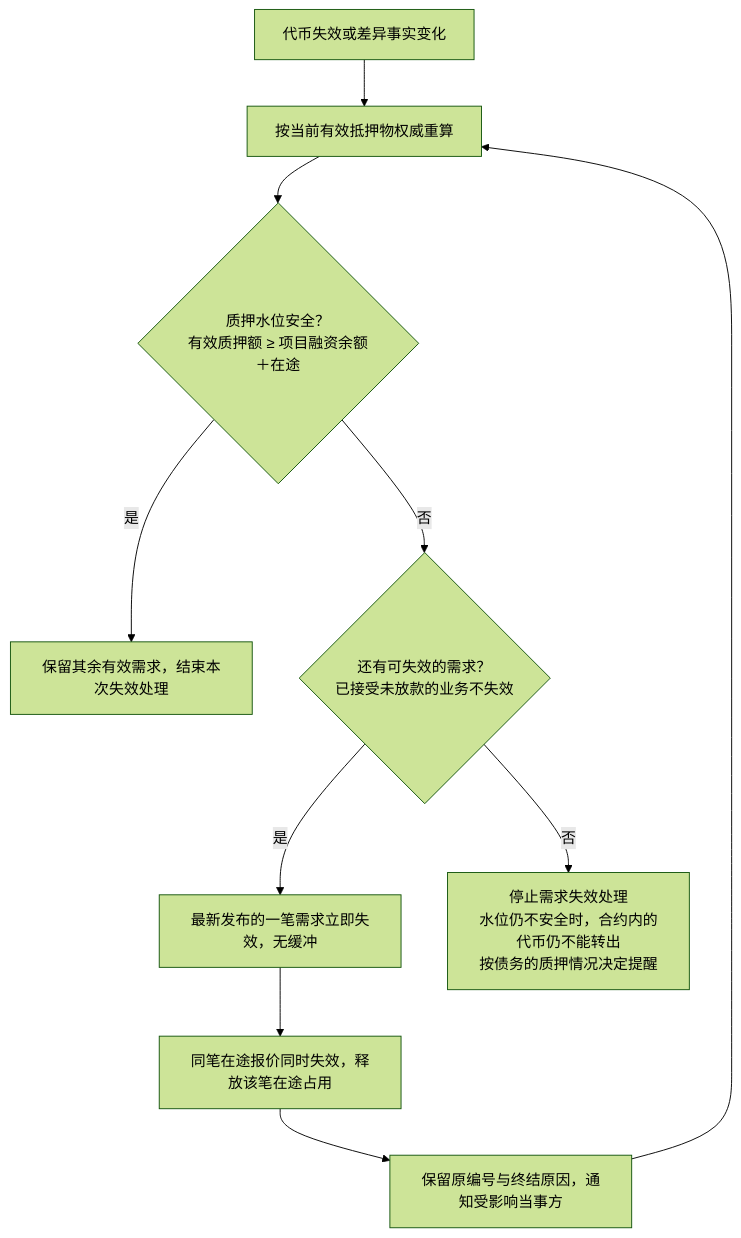
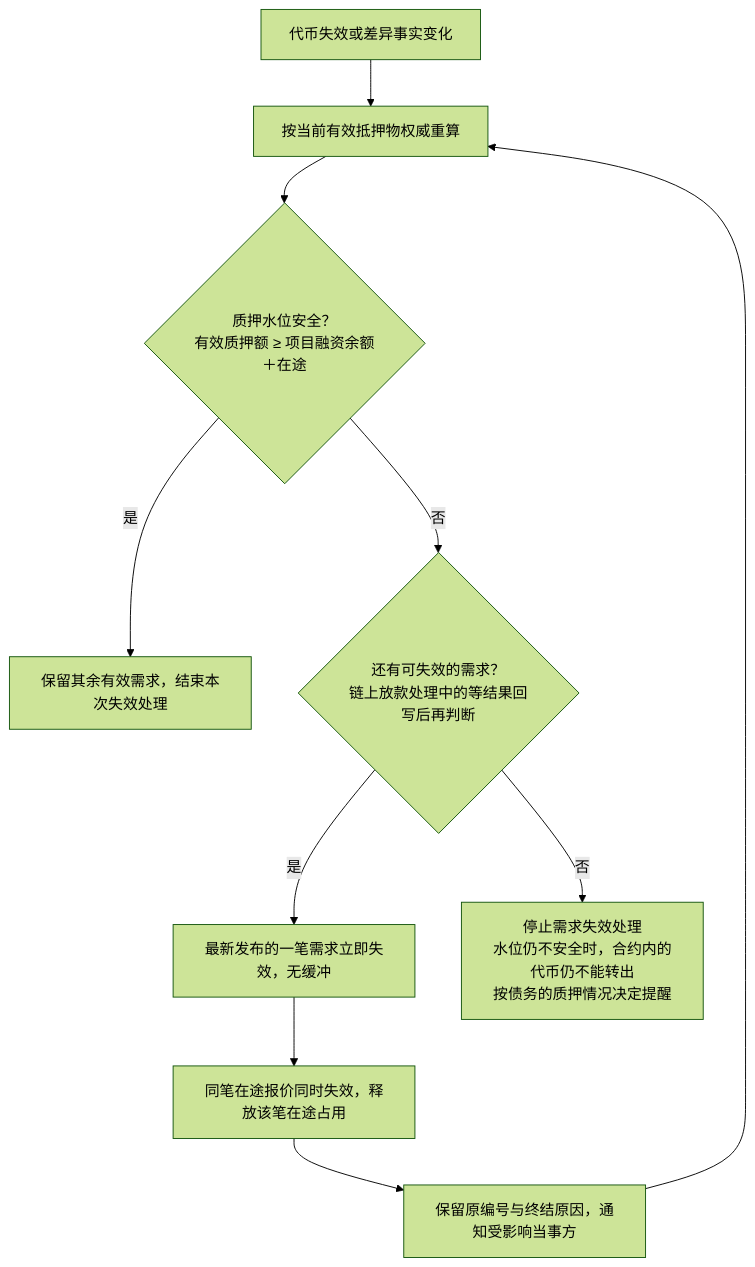
Before and after one commit to wxblockchain/Chain-Financing: the fourth of 10 diagrams in lending-platform/PRD/面客端/05-借贷广场-融资需求与代币质押/02-融资需求与代币质押-流程图与状态机.md, drawn with Mermaid (forest theme). The commit also changed other lines of this file and 5 other files, not shown here.

````diff
--- a/lending-platform/PRD/面客端/05-借贷广场-融资需求与代币质押/02-融资需求与代币质押-流程图与状态机.md
+++ b/lending-platform/PRD/面客端/05-借贷广场-融资需求与代币质押/02-融资需求与代币质押-流程图与状态机.md
@@ -134,12 +137,12 @@
 ```mermaid
 flowchart TD
   A[代币失效或差异事实变化] --> B[按当前有效抵押物权威重算]
   B --> C{"质押水位安全？<br/>有效质押额 ≥ 项目融资余额＋在途"}
   C -- 是 --> D[保留其余有效需求，结束本次失效处理]
-  C -- 否 --> E{"还有可失效的需求？<br/>已接受未放款的业务不失效"}
+  C -- 否 --> E{"还有可失效的需求？<br/>链上放款处理中的等结果回写后再判断"}
   E -- 是 --> F[最新发布的一笔需求立即失效，无缓冲]
   F --> G[同笔在途报价同时失效，释放该笔在途占用]
   G --> H[保留原编号与终结原因，通知受影响当事方]
   H --> B
   E -- 否 --> I["停止需求失效处理<br/>水位仍不安全时，合约内的代币仍不能转出<br/>按债务的质押情况决定提醒"]
 ```
````
